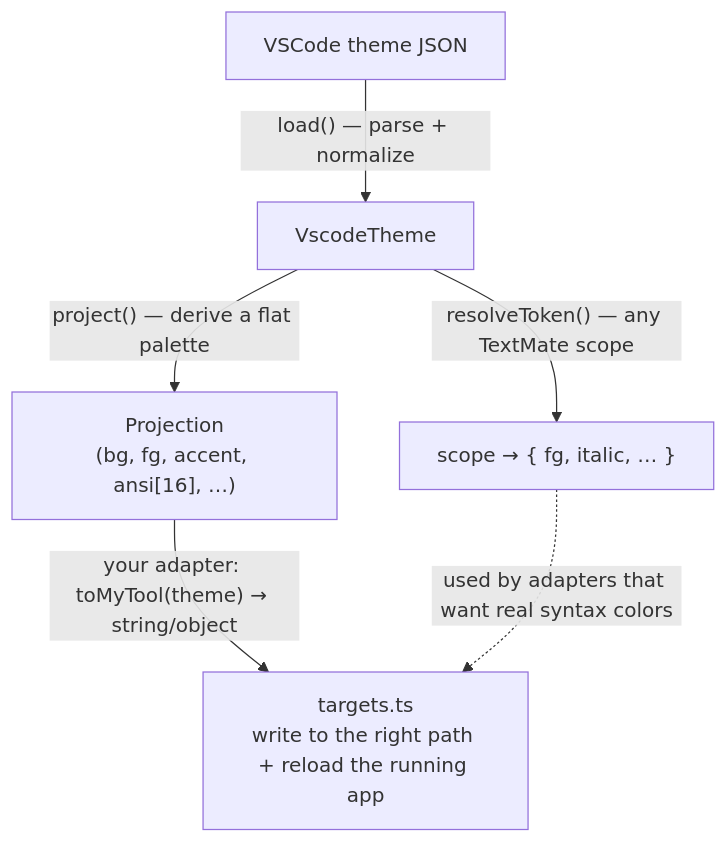
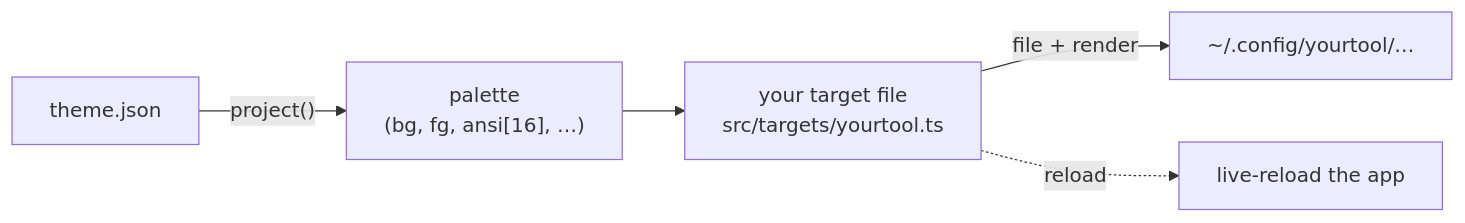
Before and after one commit to eduwass/monotheme: the diagram in docs/ADAPTERS.md, drawn with Mermaid. The commit also changed other lines of this file and 34 other files, not shown here.

Commit message:
refactor: one file per tool, auto-discovered (no registry); OS-aware target API; rename slot to monotheme

````diff
--- a/docs/ADAPTERS.md
+++ b/docs/ADAPTERS.md
@@ -9,8 +6,7 @@
 ```mermaid
-flowchart TD
-    A["VSCode theme JSON"] -->|"load() — parse + normalize"| B["VscodeTheme"]
-    B -->|"project() — derive a flat palette"| C["Projection<br/>(bg, fg, accent, ansi[16], …)"]
-    B -->|"resolveToken() — any TextMate scope"| D["scope → { fg, italic, … }"]
-    C -->|"your adapter: toMyTool(theme) → string/object"| E["targets.ts<br/>write to the right path + reload the running app"]
-    D -.->|"used by adapters that want real syntax colors"| E
+flowchart LR
+    A["theme.json"] -->|"project()"| B["palette<br/>(bg, fg, ansi[16], …)"]
+    B --> C["your target file<br/>src/targets/yourtool.ts"]
+    C -->|"file + render"| D["~/.config/yourtool/…"]
+    C -.->|"reload"| E["live-reload the app"]
 ```
````
